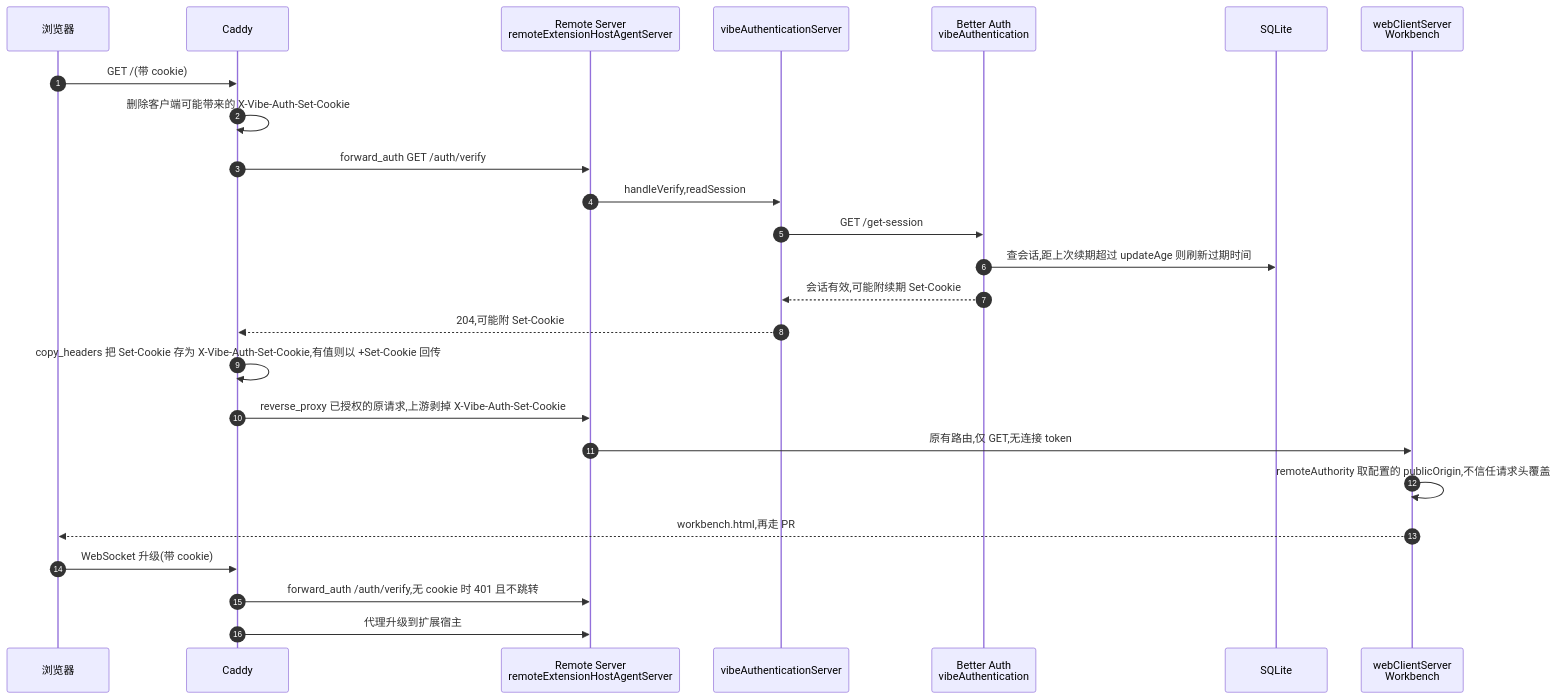
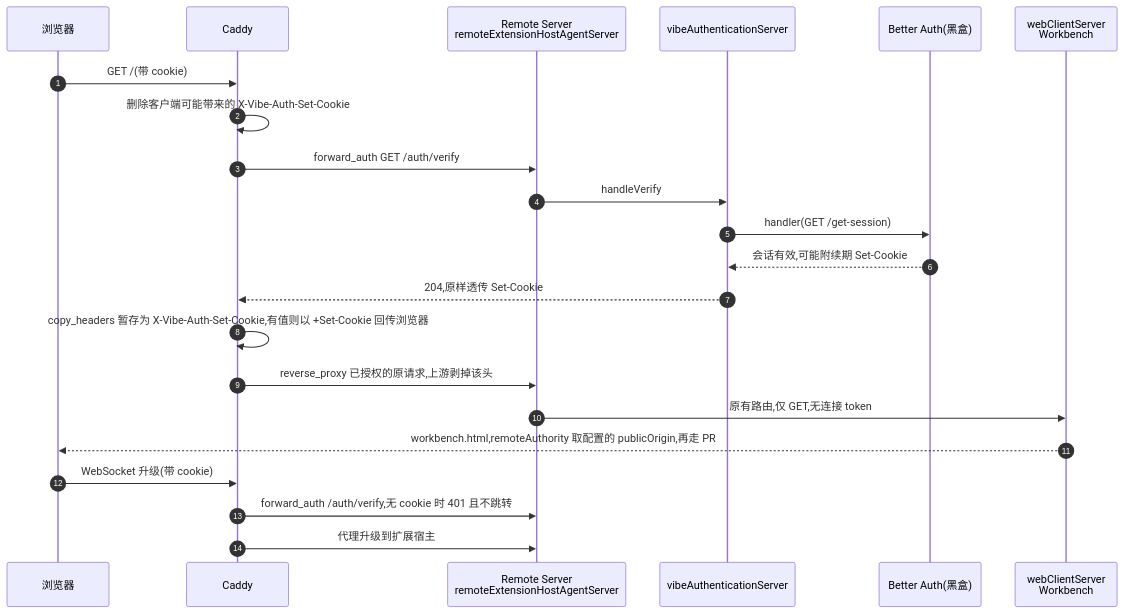
Before and after one commit to ActivePeter/vibe-vscode: the eighth of 11 diagrams in vibe_vscode_doc/design/login_authentication.md, drawn with Mermaid. The commit also changed other lines of this file, not shown here.

First line of the commit message:
docs: draw Better Auth as a black box and list the calls made into it

````diff
--- a/vibe_vscode_doc/design/login_authentication.md
+++ b/vibe_vscode_doc/design/login_authentication.md
@@ -291,28 +289,25 @@
 ```mermaid
 sequenceDiagram
     autonumber
     participant Browser as 浏览器
     participant Caddy as Caddy
     participant Remote as Remote Server<br/>remoteExtensionHostAgentServer
     participant AuthSrv as vibeAuthenticationServer
-    participant Auth as Better Auth<br/>vibeAuthentication
-    participant DB as SQLite
+    participant BA as Better Auth(黑盒)
     participant Web as webClientServer<br/>Workbench
 
     Browser->>Caddy: GET /(带 cookie)
     Caddy->>Caddy: 删除客户端可能带来的 X-Vibe-Auth-Set-Cookie
     Caddy->>Remote: forward_auth GET /auth/verify
-    Remote->>AuthSrv: handleVerify,readSession
-    AuthSrv->>Auth: GET /get-session
-    Auth->>DB: 查会话,距上次续期超过 updateAge 则刷新过期时间
-    Auth-->>AuthSrv: 会话有效,可能附续期 Set-Cookie
-    AuthSrv-->>Caddy: 204,可能附 Set-Cookie
-    Caddy->>Caddy: copy_headers 把 Set-Cookie 存为 X-Vibe-Auth-Set-Cookie,有值则以 +Set-Cookie 回传
-    Caddy->>Remote: reverse_proxy 已授权的原请求,上游剥掉 X-Vibe-Auth-Set-Cookie
+    Remote->>AuthSrv: handleVerify
+    AuthSrv->>BA: handler(GET /get-session)
+    BA-->>AuthSrv: 会话有效,可能附续期 Set-Cookie
+    AuthSrv-->>Caddy: 204,原样透传 Set-Cookie
+    Caddy->>Caddy: copy_headers 暂存为 X-Vibe-Auth-Set-Cookie,有值则以 +Set-Cookie 回传浏览器
+    Caddy->>Remote: reverse_proxy 已授权的原请求,上游剥掉该头
     Remote->>Web: 原有路由,仅 GET,无连接 token
-    Web->>Web: remoteAuthority 取配置的 publicOrigin,不信任请求头覆盖
-    Web-->>Browser: workbench.html,再走 PR #14 的分块缓存启动
+    Web-->>Browser: workbench.html,remoteAuthority 取配置的 publicOrigin,再走 PR #14 的分块缓存启动
     Browser->>Caddy: WebSocket 升级(带 cookie)
     Caddy->>Remote: forward_auth /auth/verify,无 cookie 时 401 且不跳转
     Caddy->>Remote: 代理升级到扩展宿主
 ```
````
